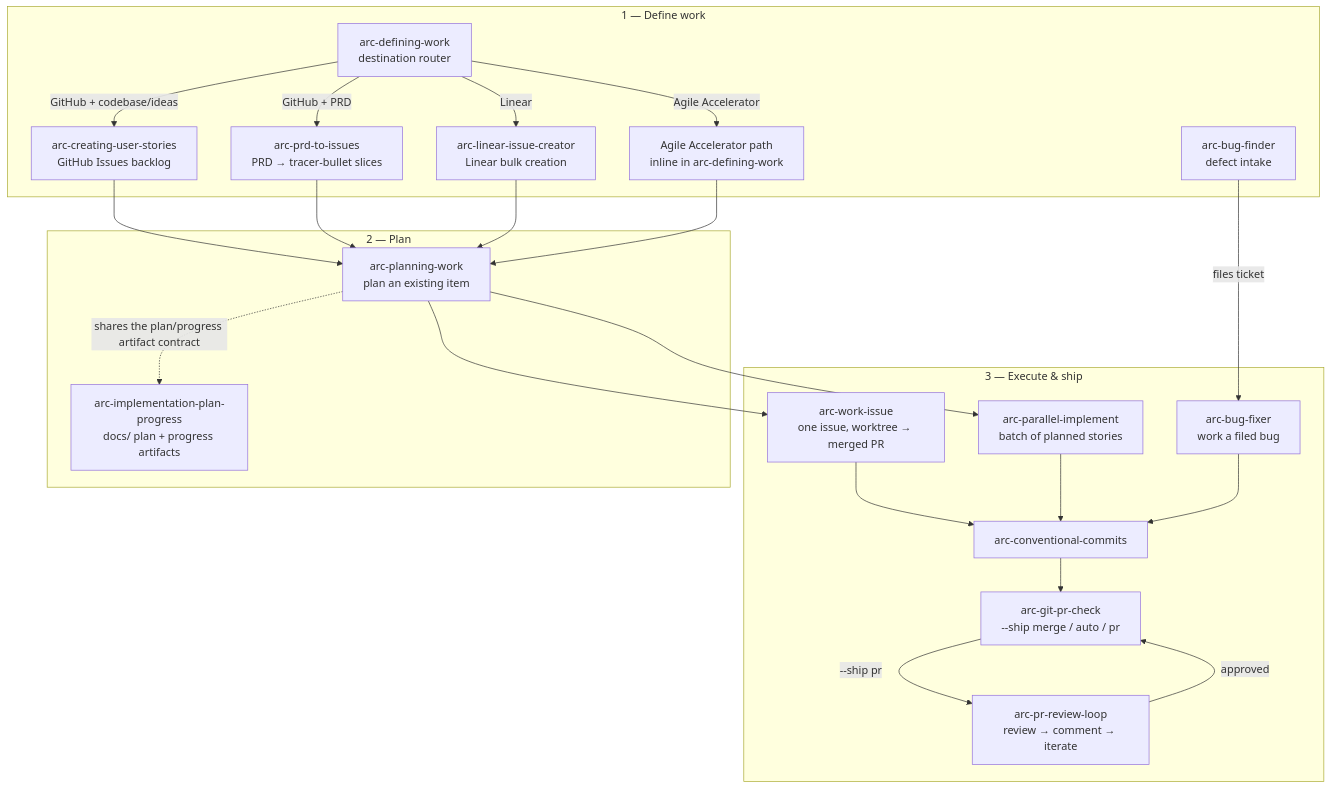
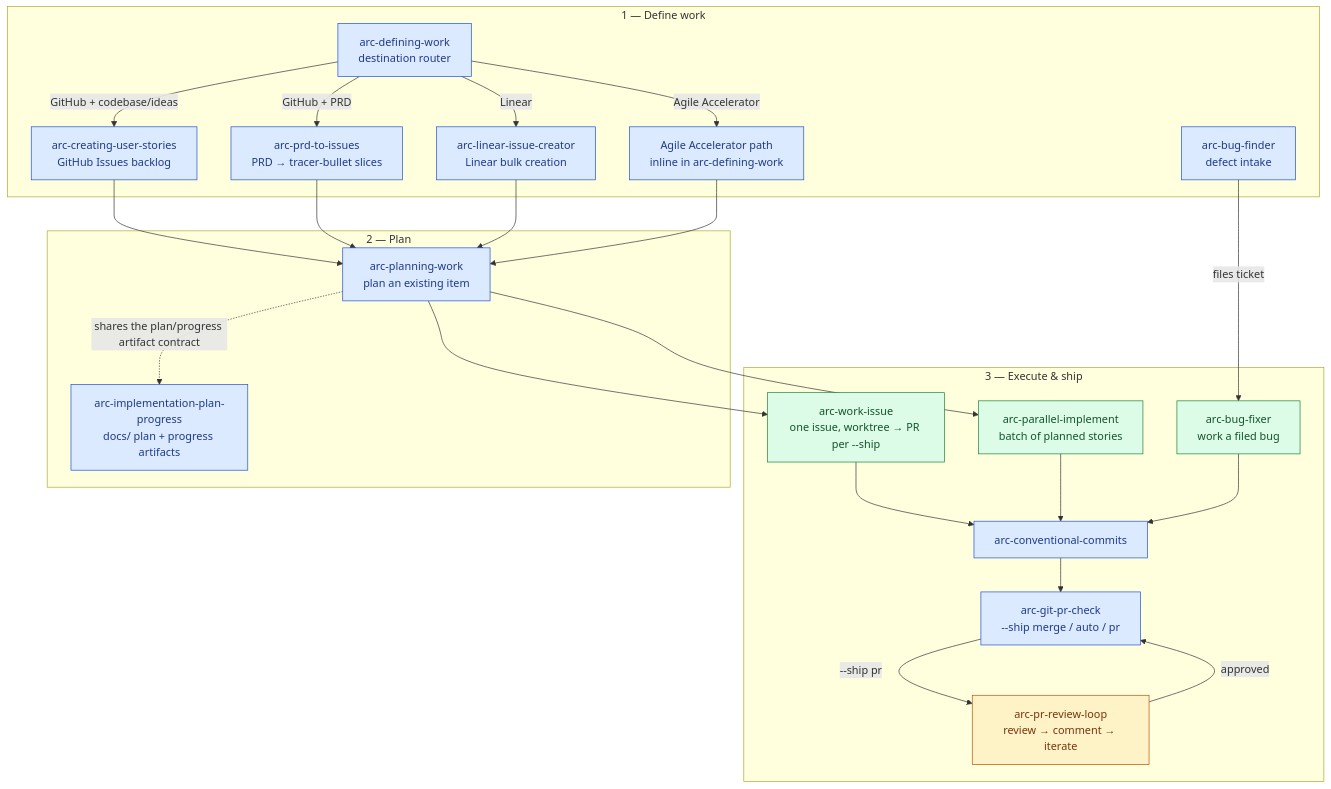
Before and after one commit to andysolomon/arc-skills: the diagram in README.md, drawn with Mermaid. The commit also changed other lines of this file, not shown here.

Commit message:
docs: color skill-pipeline map by arc-orchestrator delegation tier (#12)
Blue = parent session (judgment + all git/GitHub mechanics), green =
implementation delegated to cheap workers (PR-first, never merge),
amber = premium review via arc-pr-review-loop. Adds a delegation
legend and updates the arc-work-issue node for --ship modes.

````diff
--- a/README.md
+++ b/README.md
@@ -13,45 +13,52 @@
 ```mermaid
 flowchart TD
     subgraph define [1 — Define work]
         DW[arc-defining-work<br/>destination router]
         CUS[arc-creating-user-stories<br/>GitHub Issues backlog]
         PRD[arc-prd-to-issues<br/>PRD → tracer-bullet slices]
         LIN[arc-linear-issue-creator<br/>Linear bulk creation]
         AA[Agile Accelerator path<br/>inline in arc-defining-work]
         BF[arc-bug-finder<br/>defect intake]
     end
 
     subgraph plan [2 — Plan]
         PW[arc-planning-work<br/>plan an existing item]
         IPP[arc-implementation-plan-progress<br/>docs/ plan + progress artifacts]
     end
 
     subgraph execute [3 — Execute & ship]
-        WI[arc-work-issue<br/>one issue, worktree → merged PR]
+        WI[arc-work-issue<br/>one issue, worktree → PR per --ship]
         PI[arc-parallel-implement<br/>batch of planned stories]
         BX[arc-bug-fixer<br/>work a filed bug]
         PRL[arc-pr-review-loop<br/>review → comment → iterate]
         CC[arc-conventional-commits]
         PRC[arc-git-pr-check<br/>--ship merge / auto / pr]
     end
 
     DW -->|GitHub + codebase/ideas| CUS
     DW -->|GitHub + PRD| PRD
     DW -->|Linear| LIN
     DW -->|Agile Accelerator| AA
     BF -->|files ticket| BX
 
     CUS --> PW
     PRD --> PW
     LIN --> PW
     AA --> PW
     PW -.->|shares the plan/progress artifact contract| IPP
 
     PW --> WI
     PW --> PI
     WI --> CC --> PRC
     PI --> CC
     BX --> CC
     PRC -->|--ship pr| PRL
     PRL -->|approved| PRC
+
+    classDef parent fill:#dbeafe,stroke:#1d4ed8,color:#1e3a8a;
+    classDef worker fill:#dcfce7,stroke:#15803d,color:#14532d;
+    classDef premium fill:#fef3c7,stroke:#b45309,color:#78350f;
+    class DW,CUS,PRD,LIN,AA,BF,PW,IPP,CC,PRC parent;
+    class WI,PI,BX worker;
+    class PRL premium;
 ```
````
